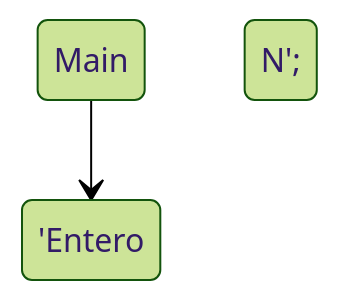
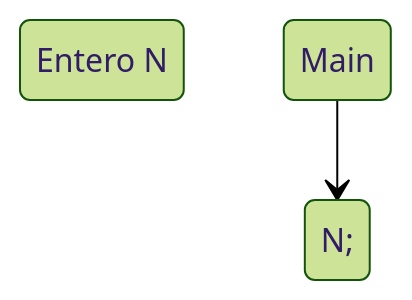
One commit to ValentinJM/TP-8 changed the diagram in Ejercicios/1.md. Above: the diagram before and after it, drawn with Mermaid (forest theme).

````diff
--- a/Ejercicios/1.md
+++ b/Ejercicios/1.md
@@ -3,4 +3,5 @@
 ```mermaid
 stateDiagram-v2
-    Main --> 'Entero N';
+state "Entero N" as N
+    Main --> N;
 ```
````
